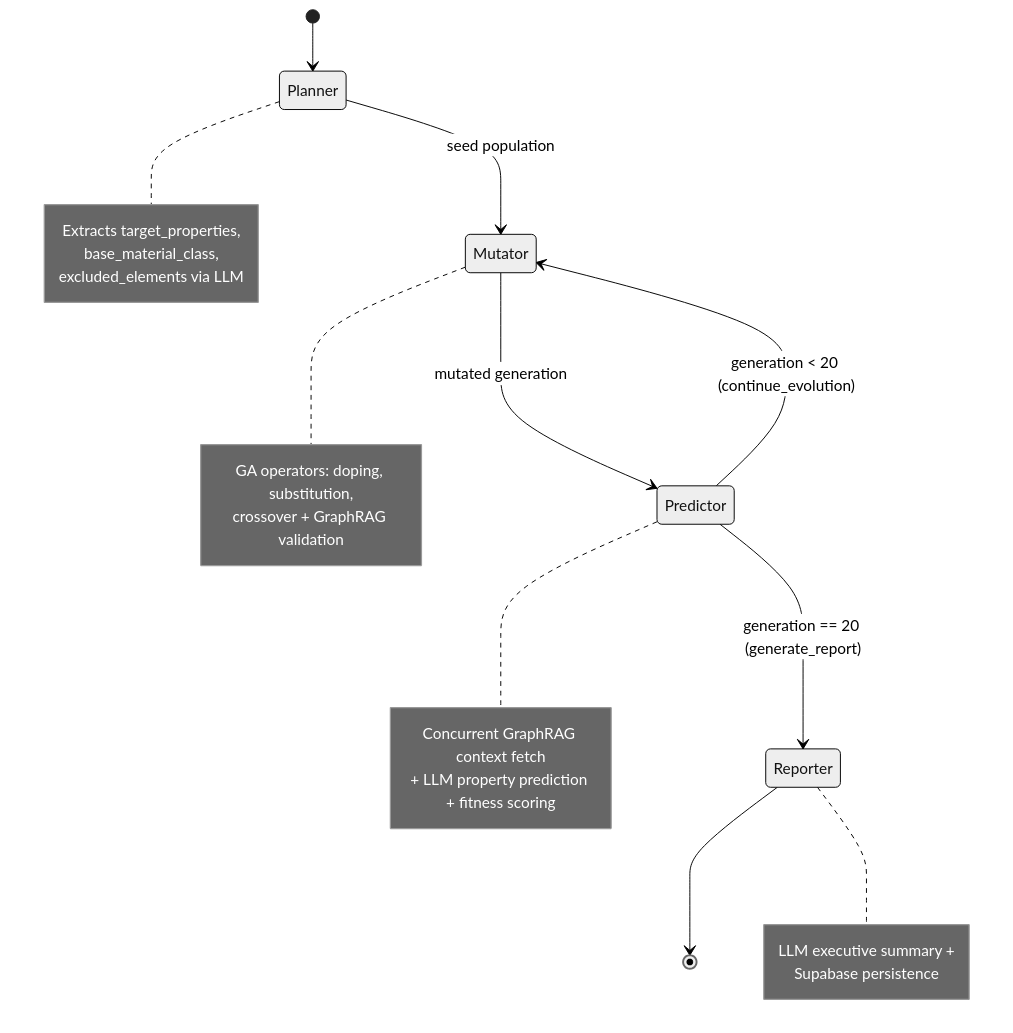
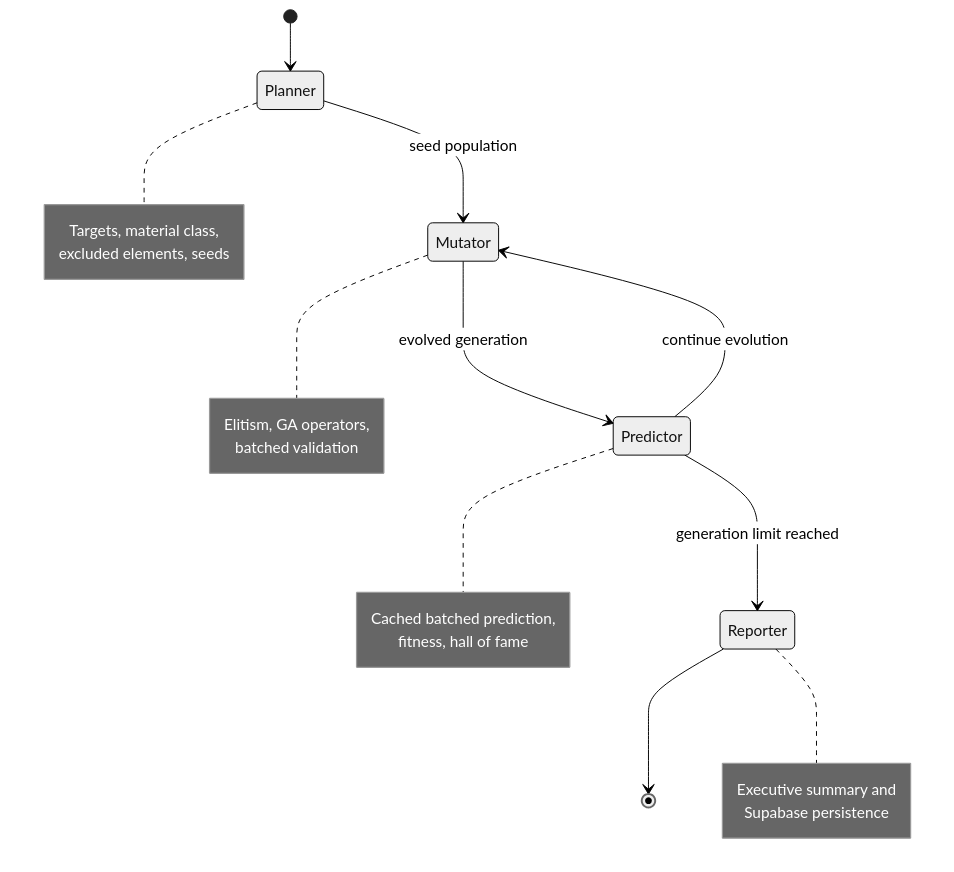
Before and after one commit to Rahul-8283/AURA_Data_Driven: the seventh of 27 diagrams in README.md, drawn with Mermaid (neutral theme). The commit also changed other lines of this file, not shown here.

````diff
--- a/README.md
+++ b/README.md
@@ -185,30 +397,26 @@
 ```mermaid
 stateDiagram-v2
     [*] --> Planner
     Planner --> Mutator: seed population
-    Mutator --> Predictor: mutated generation
-    Predictor --> Mutator: generation < 20 (continue_evolution)
-    Predictor --> Reporter: generation == 20 (generate_report)
+    Mutator --> Predictor: evolved generation
+    Predictor --> Mutator: continue evolution
+    Predictor --> Reporter: generation limit reached
     Reporter --> [*]
 
     note right of Planner
-      Extracts target_properties,
-      base_material_class,
-      excluded_elements via LLM
+      Targets, material class,
+      excluded elements, seeds
     end note
-
     note right of Mutator
-      GA operators: doping, substitution,
-      crossover + GraphRAG validation
+      Elitism, GA operators,
+      batched validation
     end note
-
     note right of Predictor
-      Concurrent GraphRAG context fetch
-      + LLM property prediction + fitness scoring
+      Cached batched prediction,
+      fitness, hall of fame
     end note
-
     note right of Reporter
-      LLM executive summary +
+      Executive summary and
       Supabase persistence
     end note
 ```
````
